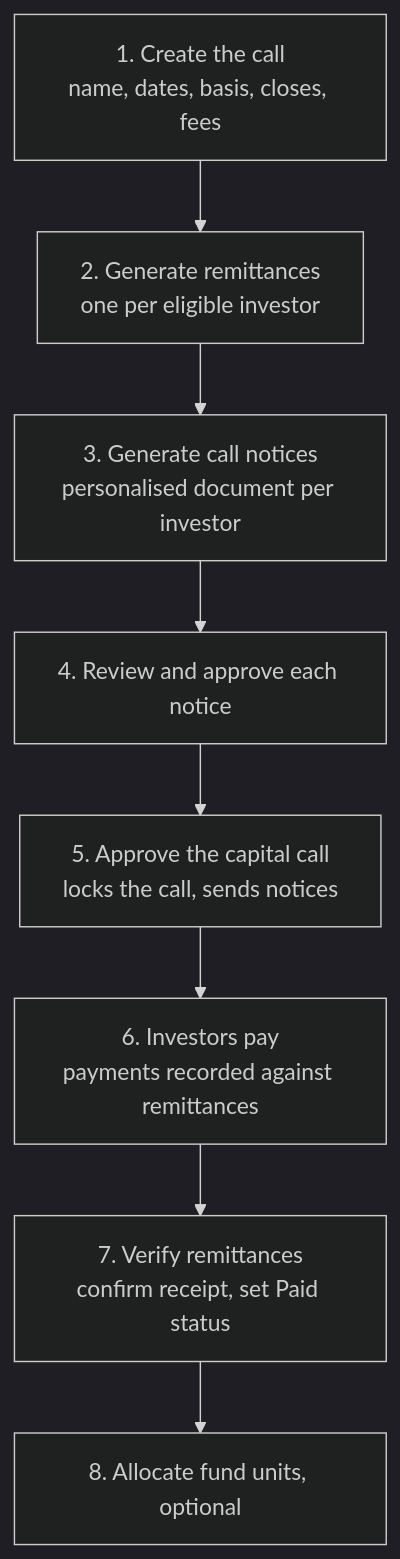
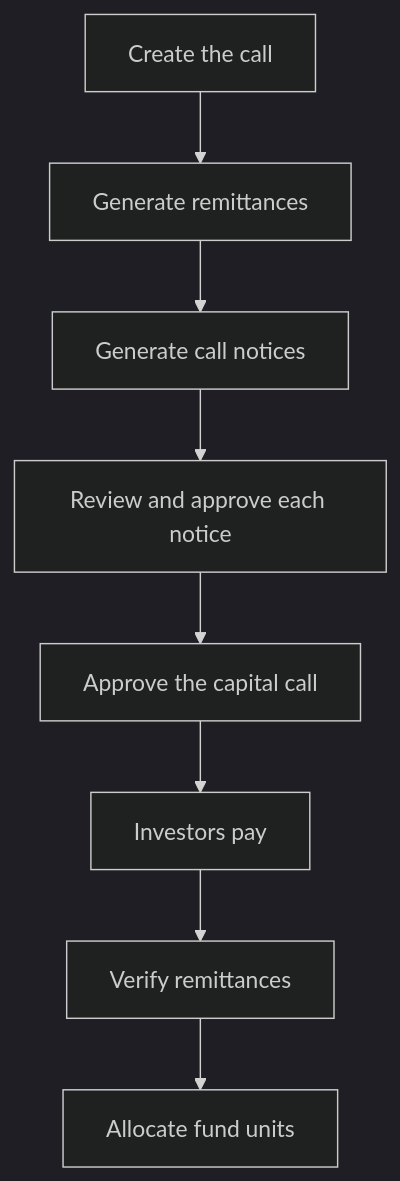
The second of 5 diagrams in docs/user_guides/capital_calls_user_guide.md (sampadadiwan/IRM_CompanyMain), drawn with Mermaid (dark theme) before and after one commit. The commit also changed other lines of this file, not shown here.

Commit message:
fix: Replace em dashes with hyphens for consistency in Capital Calls User Guide

````diff
--- a/docs/user_guides/capital_calls_user_guide.md
+++ b/docs/user_guides/capital_calls_user_guide.md
@@ -74,10 +74,10 @@
 ```mermaid
 flowchart TD
-    A[1. Create the call<br/>name, dates, basis, closes, fees] --> B[2. Generate remittances<br/>one per eligible investor]
-    B --> C[3. Generate call notices<br/>personalised document per investor]
-    C --> D[4. Review and approve each notice]
-    D --> E[5. Approve the capital call<br/>locks the call, sends notices]
-    E --> F[6. Investors pay<br/>payments recorded against remittances]
-    F --> G[7. Verify remittances<br/>confirm receipt, set Paid status]
-    G --> H[8. Allocate fund units, optional]
+    A[Create the call] --> B[Generate remittances]
+    B --> C[Generate call notices]
+    C --> D[Review and approve each notice]
+    D --> E[Approve the capital call]
+    E --> F[Investors pay]
+    F --> G[Verify remittances]
+    G --> H[Allocate fund units]
 ```
````
